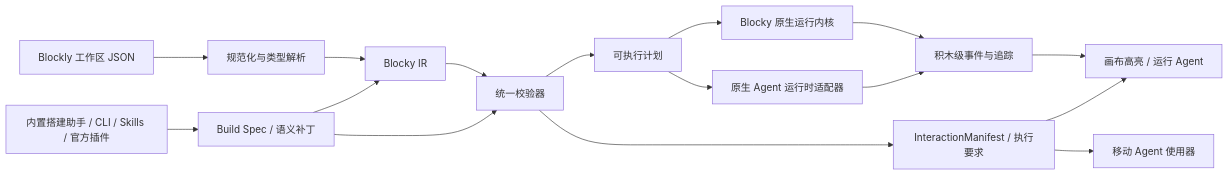
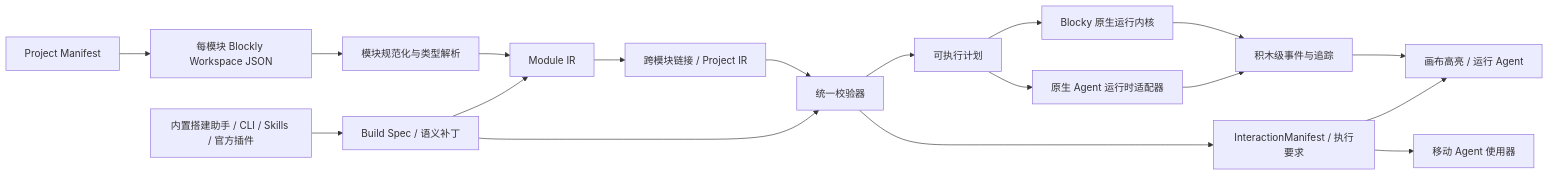
One commit to q2955161835-debug/Blocky-AI changed the diagram in doc/产品设计/Blocky-完整积木与Agent兼容设计.md. Above: the diagram before and after it, drawn with Mermaid. The commit also changed other lines of this file and 18 other files, not shown here.

````diff
--- a/doc/产品设计/Blocky-完整积木与Agent兼容设计.md
+++ b/doc/产品设计/Blocky-完整积木与Agent兼容设计.md
@@ -41,18 +44,20 @@
 ```mermaid
 flowchart LR
-  A["Blockly 工作区 JSON"] --> B["规范化与类型解析"]
-  B --> C["Blocky IR"]
-  C --> D["统一校验器"]
+  P["Project Manifest"] --> A["每模块 Blockly Workspace JSON"]
+  A --> B["模块规范化与类型解析"]
+  B --> C["Module IR"]
+  C --> X["跨模块链接 / Project IR"]
+  X --> D["统一校验器"]
   D --> E["可执行计划"]
   D --> K["InteractionManifest / 执行要求"]
   E --> F["Blocky 原生运行内核"]
   E --> G["原生 Agent 运行时适配器"]
   F --> H["积木级事件与追踪"]
   G --> H
   H --> I["画布高亮 / 运行 Agent"]
   K --> I
   K --> M["移动 Agent 使用器"]
   J["内置搭建助手 / CLI / Skills / 官方插件"] --> L["Build Spec / 语义补丁"]
   L --> C
   L --> D
 ```
````
